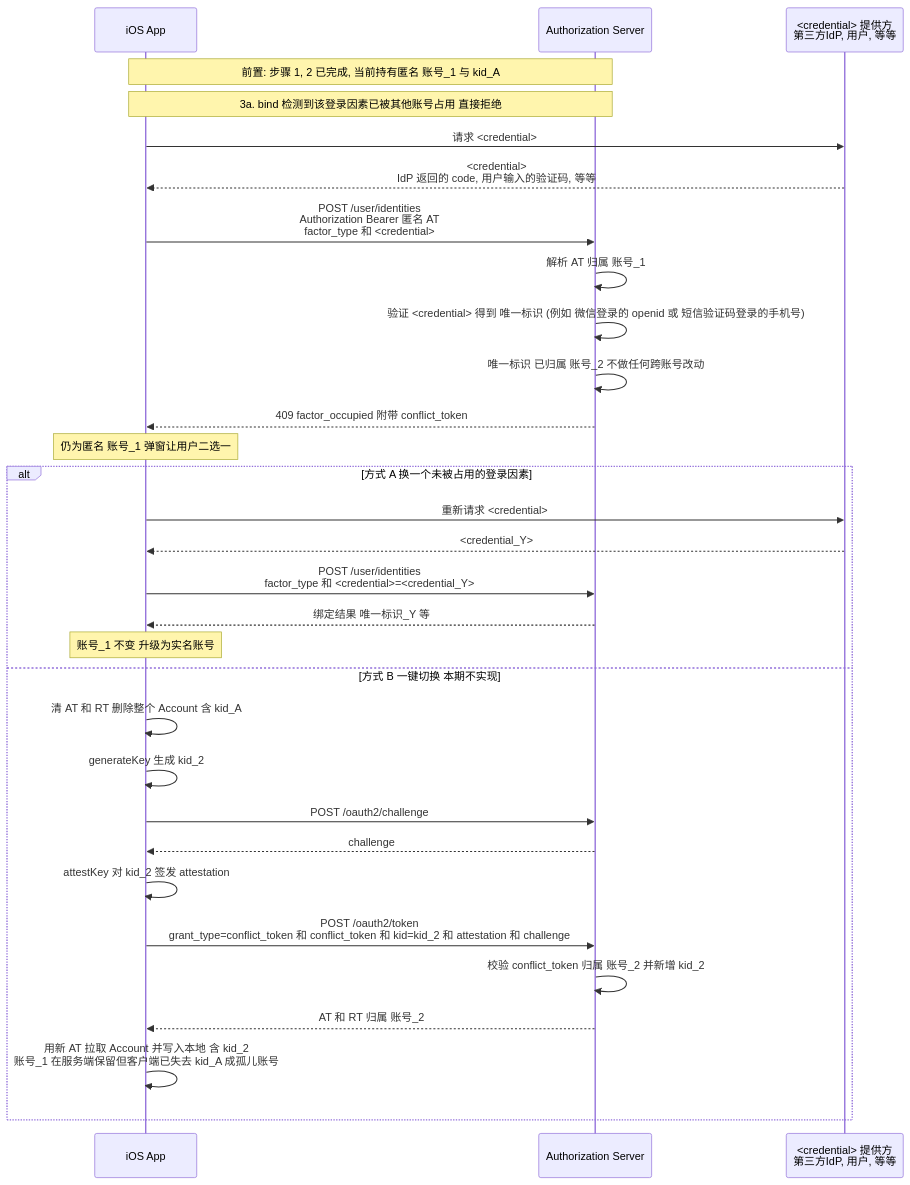
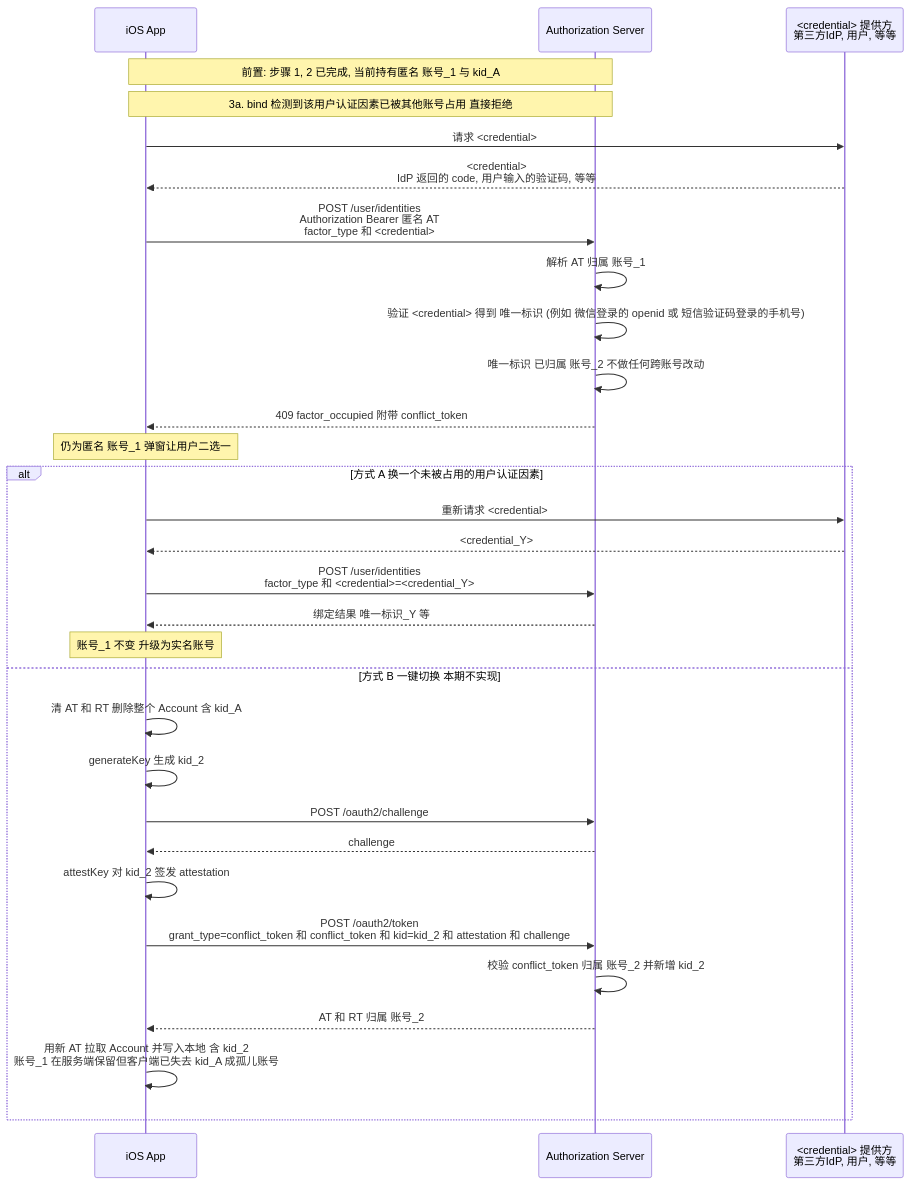
One commit to euler-projects/demo changed the third of 4 diagrams in user-center/doc/apis/zh-cn/App-Attest-Login.md. Above: the diagram before and after it, drawn with Mermaid. The commit also changed other lines of this file and 15 other files, not shown here.

````diff
--- a/user-center/doc/apis/zh-cn/App-Attest-Login.md
+++ b/user-center/doc/apis/zh-cn/App-Attest-Login.md
@@ -332,36 +332,36 @@
 ```mermaid
 sequenceDiagram
     participant App as iOS App
     participant Server as Authorization Server
     participant CP as <credential> 提供方<br>第三方IdP, 用户, 等等
 
     Note over App,Server: 前置: 步骤 1, 2 已完成, 当前持有匿名 账号_1 与 kid_A
 
-    Note over App,Server: 3a. bind 检测到该登录因素已被其他账号占用 直接拒绝
+    Note over App,Server: 3a. bind 检测到该用户认证因素已被其他账号占用 直接拒绝
     App->>CP: 请求 <credential>
     CP-->>App: <credential><br>IdP 返回的 code, 用户输入的验证码, 等等
     App->>Server: POST /user/identities<br/>Authorization Bearer 匿名 AT<br/>factor_type 和 <credential>
     Server->>Server: 解析 AT 归属 账号_1
     Server->>Server: 验证 <credential> 得到 唯一标识 (例如 微信登录的 openid 或 短信验证码登录的手机号)
     Server->>Server: 唯一标识 已归属 账号_2 不做任何跨账号改动
     Server-->>App: 409 factor_occupied 附带 conflict_token
     Note over App: 仍为匿名 账号_1 弹窗让用户二选一
 
-    alt 方式 A 换一个未被占用的登录因素
+    alt 方式 A 换一个未被占用的用户认证因素
         App->>CP: 重新请求 <credential>
         CP-->>App: <credential_Y>
         App->>Server: POST /user/identities<br/>factor_type 和 <credential>=<credential_Y>
         Server-->>App: 绑定结果 唯一标识_Y 等
         Note over App: 账号_1 不变 升级为实名账号
     else 方式 B 一键切换 本期不实现
         App->>App: 清 AT 和 RT 删除整个 Account 含 kid_A
         App->>App: generateKey 生成 kid_2
         App->>Server: POST /oauth2/challenge
         Server-->>App: challenge
         App->>App: attestKey 对 kid_2 签发 attestation
         App->>Server: POST /oauth2/token<br/>grant_type=conflict_token 和 conflict_token 和 kid=kid_2 和 attestation 和 challenge
         Server->>Server: 校验 conflict_token 归属 账号_2 并新增 kid_2
         Server-->>App: AT 和 RT 归属 账号_2
         App->>App: 用新 AT 拉取 Account 并写入本地 含 kid_2<br/>账号_1 在服务端保留但客户端已失去 kid_A 成孤儿账号
     end
 ```
````
